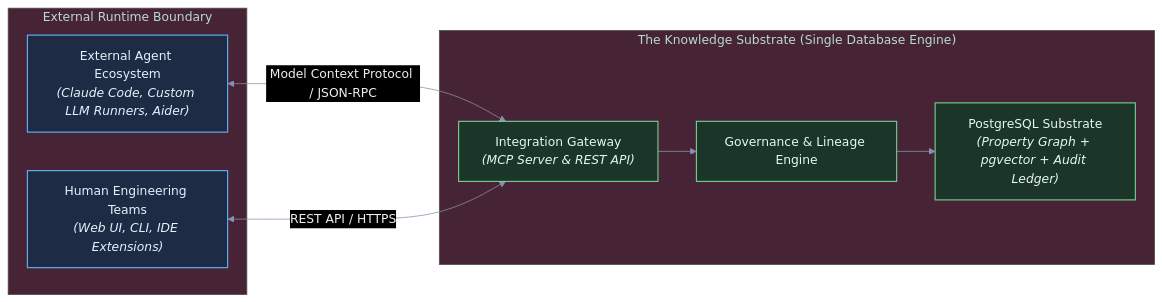
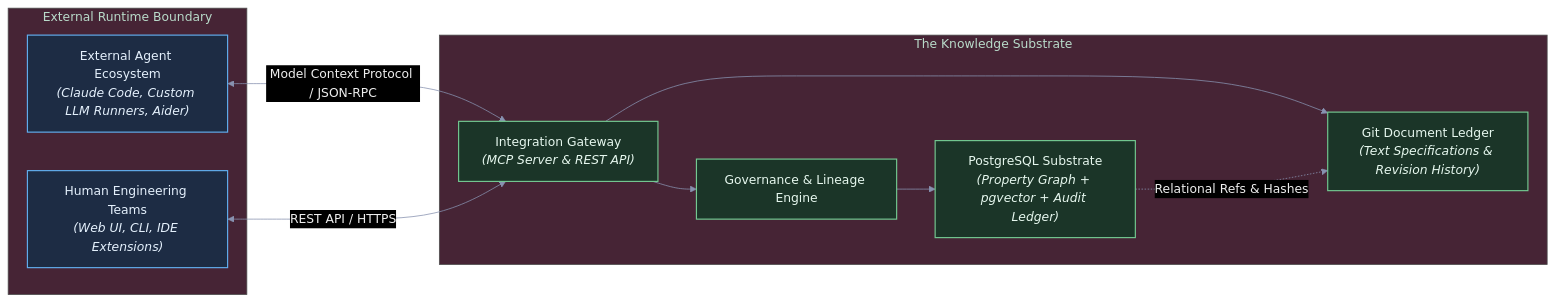
One commit to Shapedsundew9/tks changed the second of 4 diagrams in docs/vision/vision.md. Above: the diagram before and after it, drawn with Mermaid. The commit also changed other lines of this file and 2 other files, not shown here.

````diff
--- a/docs/vision/vision.md
+++ b/docs/vision/vision.md
@@ -100,38 +102,41 @@
 ```mermaid
 %%{init: {
   'theme': 'base',
   'themeVariables': {
     'darkMode': true,
     'background': '#161922',
     'mainBkg': '#1e2230',
     'nodeBorder': '#434c5e',
     'textColor': '#e2e8f0',
     'fontFamily': 'ui-sans-serif, system-ui, sans-serif',
     'lineColor': '#8892b0',
     'primaryColor': '#1b3528',
     'primaryBorderColor': '#73c991',
     'secondaryColor': '#1d2c44',
     'secondaryBorderColor': '#61afef'
   }
 }}%%
 flowchart LR
     classDef boundary fill:#1d2c44,stroke:#61afef,stroke-width:1.5px,color:#e4f0fc;
     classDef core fill:#1b3528,stroke:#73c991,stroke-width:1.5px,color:#e6f7ee;
 
     subgraph External["External Runtime Boundary"]
         Agents["External Agent Ecosystem<br/><i>(Claude Code, Custom LLM Runners, Aider)</i>"]:::boundary
         Users["Human Engineering Teams<br/><i>(Web UI, CLI, IDE Extensions)</i>"]:::boundary
     end
 
-    subgraph Substrate["The Knowledge Substrate (Single Database Engine)"]
+    subgraph Substrate["The Knowledge Substrate"]
         Gateway["Integration Gateway<br/><i>(MCP Server & REST API)</i>"]:::core
         Governance["Governance & Lineage Engine"]:::core
-        Storage["PostgreSQL Substrate<br/><i>(Property Graph + pgvector + Audit Ledger)</i>"]:::core
+        PostgresStorage["PostgreSQL Substrate<br/><i>(Property Graph + pgvector + Audit Ledger)</i>"]:::core
+        GitStore["Git Document Ledger<br/><i>(Text Specifications & Revision History)</i>"]:::core
 
-        Gateway --> Governance --> Storage
+        Gateway --> Governance --> PostgresStorage
+        Gateway --> GitStore
+        PostgresStorage -.->|"Relational Refs & Hashes"| GitStore
     end
 
     Agents <-->|Model Context Protocol / JSON-RPC| Gateway
     Users <-->|REST API / HTTPS| Gateway
 
 ```
````
